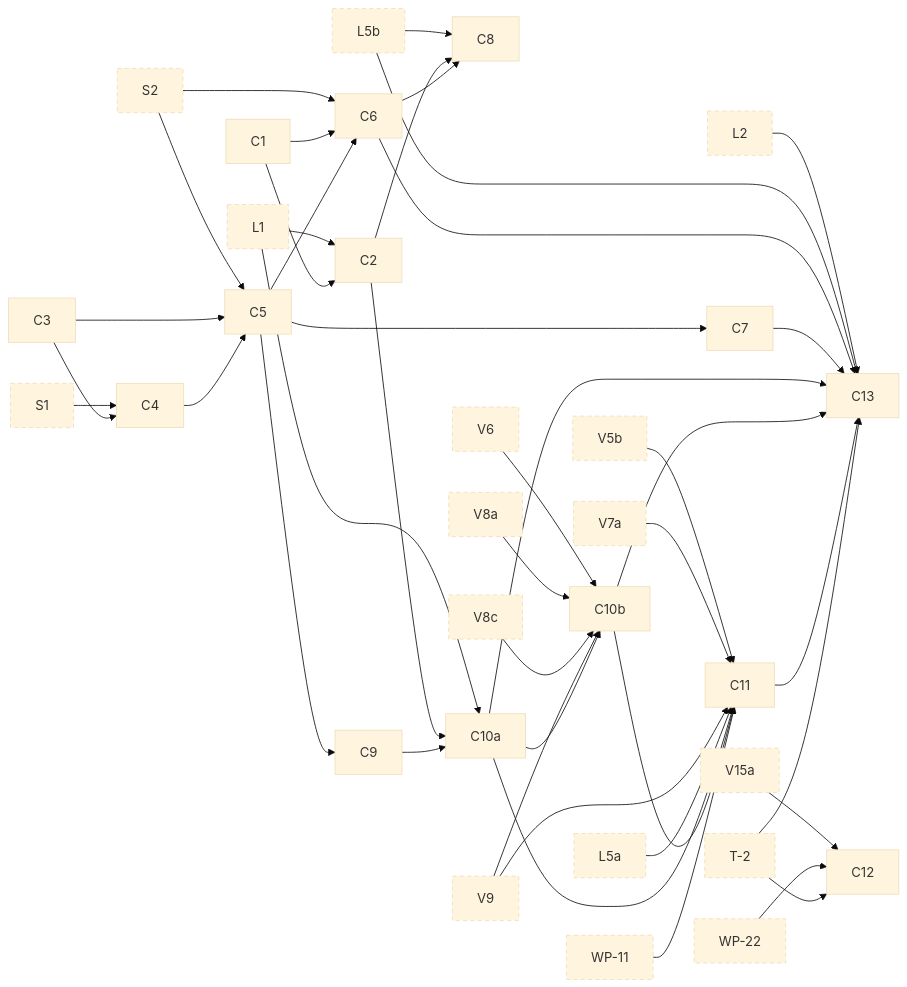
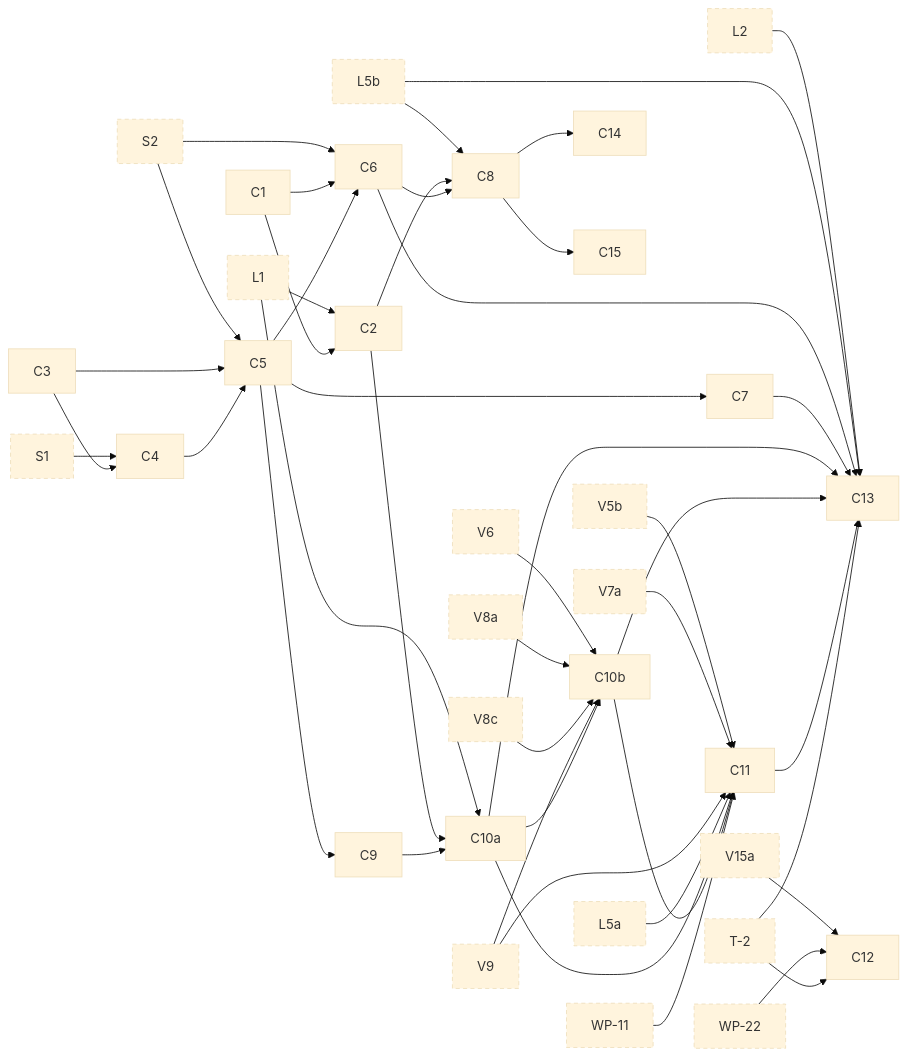
Before and after one commit to jhoblitt/rgw-go: the sixth of 11 diagrams in docs/superpowers/plans/2026-10-13-phase-2/dependencies.md, drawn with Mermaid (base theme). The commit also changed other lines of this file and 2 other files, not shown here.

Commit message:
docs(plan): add tasks C14 and C15 from C8's review
C8's review found two places where rgw-go follows radosgw's lifecycle
headers rather than Amazon S3's, outside C8's own sites: S3 URL-encodes
x-amz-expiration's rule-id, which radosgw and C2's ExpirationHeader
write raw (C14); and S3 also sends x-amz-expiration on CopyObject and
CompleteMultipartUpload and the abort headers on ListParts, where
radosgw sends none (C15).

```diff
--- a/docs/superpowers/plans/2026-10-13-phase-2/dependencies.md
+++ b/docs/superpowers/plans/2026-10-13-phase-2/dependencies.md
@@ -462,6 +462,8 @@
   t_C11["C11"]
   t_C12["C12"]
   t_C13["C13"]
+  t_C14["C14"]
+  t_C15["C15"]
   t_S1["S1"]:::ext
   t_S2["S2"]:::ext
   t_V5b["V5b"]:::ext
@@ -519,6 +521,8 @@
   t_C10b --> t_C13
   t_C11 --> t_C13
   t_T_2 --> t_C13
+  t_C8 --> t_C14
+  t_C8 --> t_C15
   click t_C1 href "https://github.com/jhoblitt/rgw-go/blob/main/docs/superpowers/plans/2026-10-13-phase-2/C-lifecycle.md#task-c1-lifecycle-types-encodings-and-xml" "C1: lifecycle types, encodings and XML"
   click t_C2 href "https://github.com/jhoblitt/rgw-go/blob/main/docs/superpowers/plans/2026-10-13-phase-2/C-lifecycle.md#task-c2-lifecycle-evaluation" "C2: lifecycle evaluation"
   click t_C3 href "https://github.com/jhoblitt/rgw-go/blob/main/docs/superpowers/plans/2026-10-13-phase-2/C-lifecycle.md#task-c3-the-cls_rgw-lc-client" "C3: the cls_rgw lc client"
@@ -533,6 +537,8 @@
   click t_C11 href "https://github.com/jhoblitt/rgw-go/blob/main/docs/superpowers/plans/2026-10-13-phase-2/C-lifecycle.md#task-c11-in-cluster-transition" "C11: in-cluster transition"
   click t_C12 href "https://github.com/jhoblitt/rgw-go/blob/main/docs/superpowers/plans/2026-10-13-phase-2/C-lifecycle.md#task-c12-the-lifecycle-and-object-lock-parity-set" "C12: the lifecycle and object-lock parity set"
   click t_C13 href "https://github.com/jhoblitt/rgw-go/blob/main/docs/superpowers/plans/2026-10-13-phase-2/C-lifecycle.md#task-c13-the-cross-gateway-and-mixed-worker-gates" "C13: the cross-gateway and mixed-worker gates"
+  click t_C14 href "https://github.com/jhoblitt/rgw-go/blob/main/docs/superpowers/plans/2026-10-13-phase-2/C-lifecycle.md#task-c14-x-amz-expirations-rule-id-url-encoded" "C14: x-amz-expiration's rule-id URL-encoded"
+  click t_C15 href "https://github.com/jhoblitt/rgw-go/blob/main/docs/superpowers/plans/2026-10-13-phase-2/C-lifecycle.md#task-c15-the-lifecycle-headers-on-copyobject-completemultipartupload-and-listparts" "C15: the lifecycle headers on CopyObject, CompleteMultipartUpload and ListParts"
   click t_S1 href "https://github.com/jhoblitt/rgw-go/blob/main/docs/superpowers/plans/2026-10-13-phase-2/00-index.md#task-s1-fakeradoss-rgw-class-as-method-tables" "S1: fakerados's rgw class as method tables"
   click t_S2 href "https://github.com/jhoblitt/rgw-go/blob/main/docs/superpowers/plans/2026-10-13-phase-2/00-index.md#task-s2-route-sets-per-feature-and-the-env-slots" "S2: route sets per feature and the Env slots"
   click t_V5b href "https://github.com/jhoblitt/rgw-go/blob/main/docs/superpowers/plans/2026-10-13-phase-2/V-versioning.md#task-v5b-driver-setolh-unlinkobjinstance-and-the-races" "V5b: driver, `setOLH`, `unlinkObjInstance` and the races"
```
